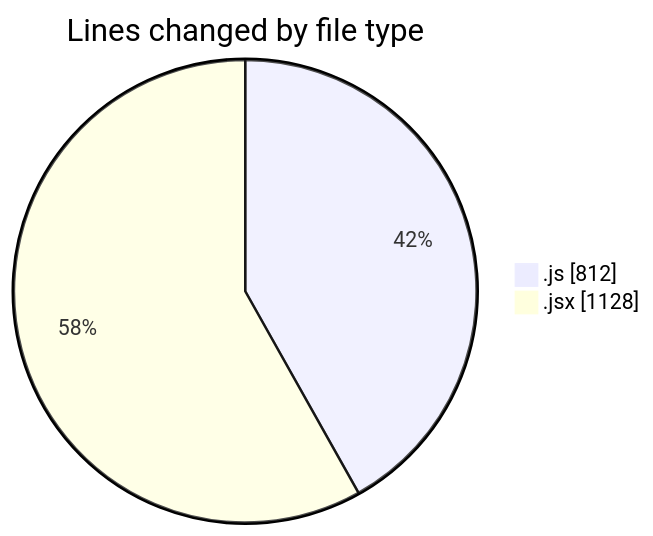
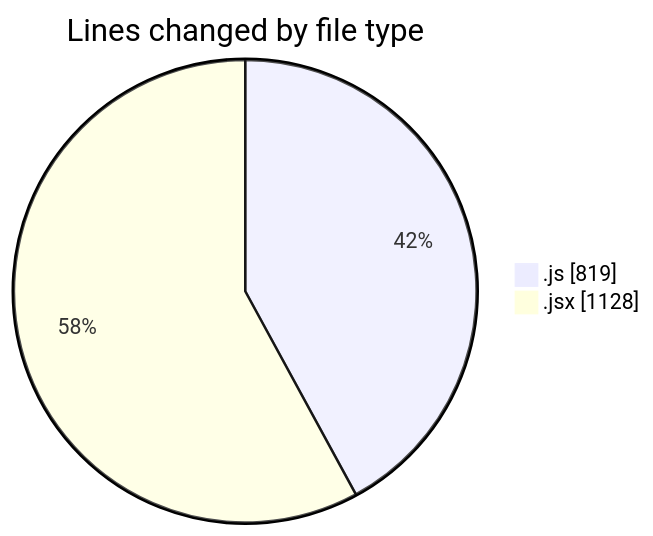
Before and after one commit to nxtqubesakshisongat/code-tracking: the first of 2 diagrams in 2025-12-26/nxtqube_webapp/README.md, drawn with Mermaid. The commit also changed other lines of this file and 1 other file, not shown here.

````diff
--- a/2025-12-26/nxtqube_webapp/README.md
+++ b/2025-12-26/nxtqube_webapp/README.md
@@ -24,6 +24,6 @@
 ```mermaid
 pie showData
 title Lines changed by file type
-".js" : 812
+".js" : 819
 ".jsx" : 1128
 ```
````
